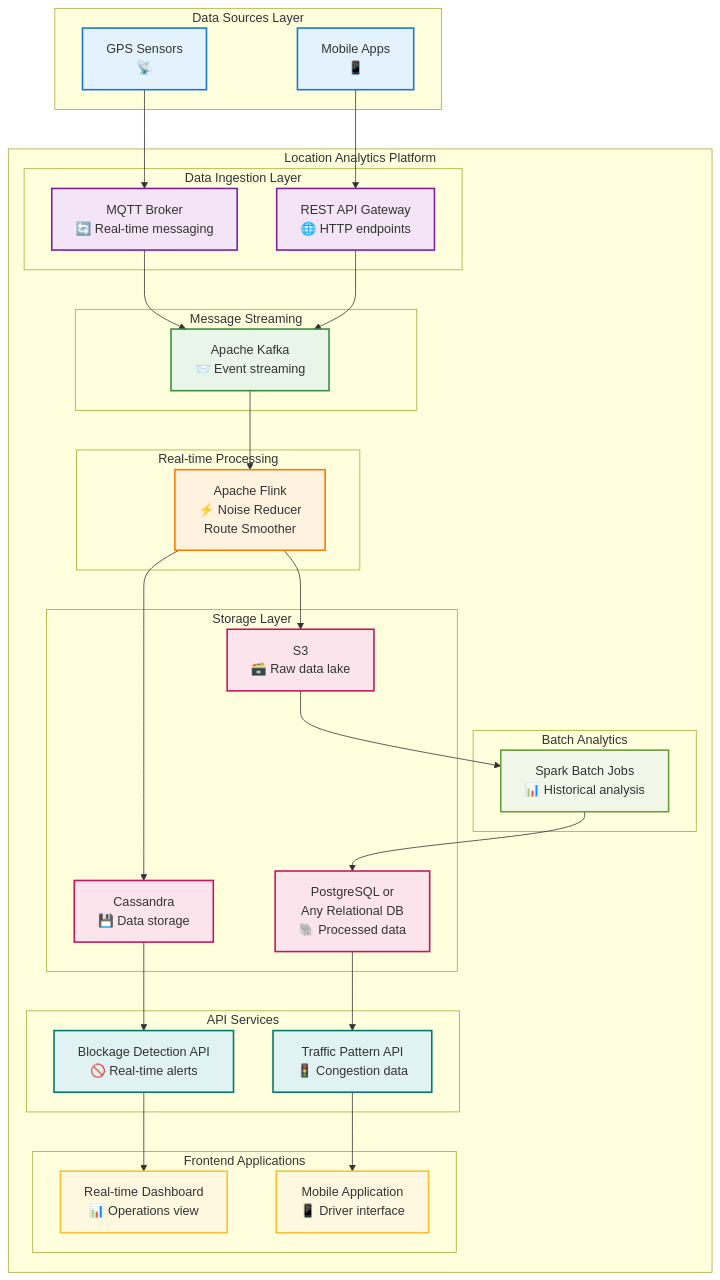
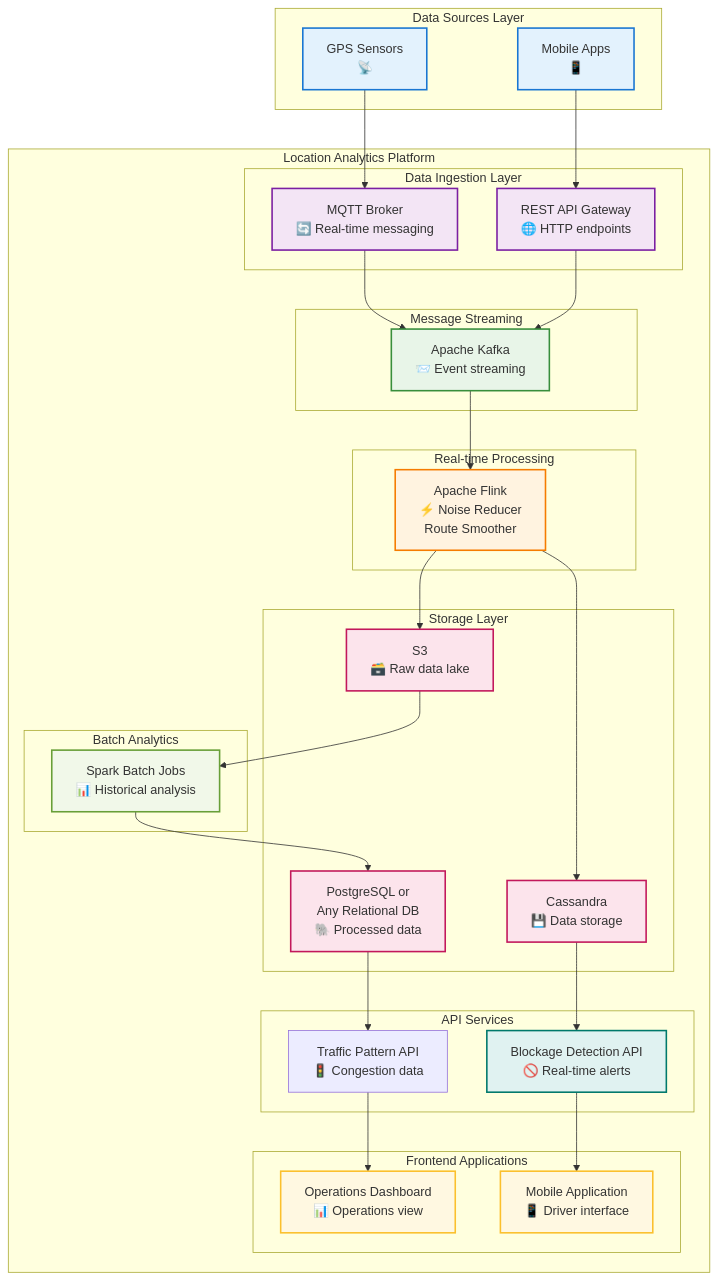
Before and after one commit to dhananjaydpatkar/traffic-analytics: the diagram in design/high_level_flow.md, drawn with Mermaid.

```diff
--- a/design/high_level_flow.md
+++ b/design/high_level_flow.md
@@ -43,12 +43,12 @@
     %% Application Services
     subgraph "API Services"
         BLOCKAGE_API[Blockage Detection API<br/>🚫 Real-time alerts]
-        TRAFFIC_API[Traffic Pattern API<br/>🚦 Congestion data]
+        TRAFFIC_PATTERN[Traffic Pattern API<br/>🚦 Congestion data]
     end
     
     %% Frontend Applications
     subgraph "Frontend Applications"
-        DASHBOARD[Real-time Dashboard<br/>📊 Operations view]
+        DASHBOARD[Operations Dashboard<br/>📊 Operations view]
         MOBILE_APP[Mobile Application<br/>📱 Driver interface]
     end
     end
@@ -71,11 +71,11 @@
 
     
     CASSANDRA --> BLOCKAGE_API
-    POSTGRES --> TRAFFIC_API
+    POSTGRES --> TRAFFIC_PATTERN
     
 
-    BLOCKAGE_API--> DASHBOARD
-    TRAFFIC_API --> MOBILE_APP
+    BLOCKAGE_API--> MOBILE_APP
+    TRAFFIC_PATTERN --> DASHBOARD
     
 
     
```
